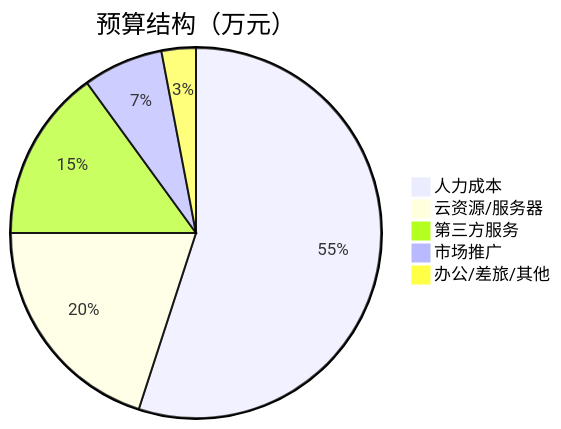
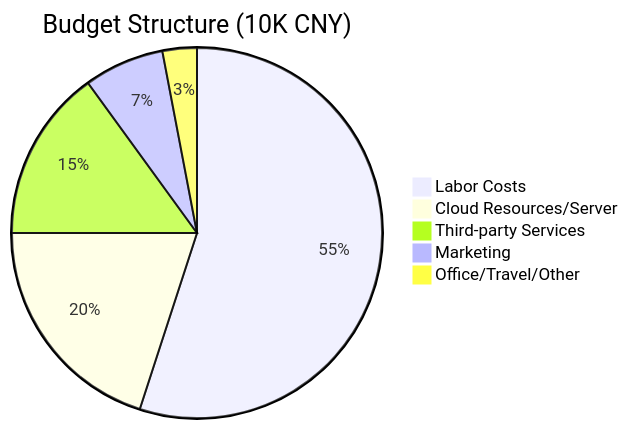
Before and after one commit to Kirky-X/cangjie: the eighth of 11 diagrams in templates/产品/战略层/【模板】项目任务书.md, drawn with Mermaid. The commit also changed other lines of this file and 12 other files, not shown here.

````diff
--- a/templates/产品/战略层/【模板】项目任务书.md
+++ b/templates/产品/战略层/【模板】项目任务书.md
@@ -412,8 +412,8 @@
 ```mermaid
-pie title 预算结构（万元）
-    "人力成本" : 55
-    "云资源/服务器" : 20
-    "第三方服务" : 15
-    "市场推广" : 7
-    "办公/差旅/其他" : 3
+pie title Budget Structure (10K CNY)
+    "Labor Costs" : 55
+    "Cloud Resources/Server" : 20
+    "Third-party Services" : 15
+    "Marketing" : 7
+    "Office/Travel/Other" : 3
 ```
````
